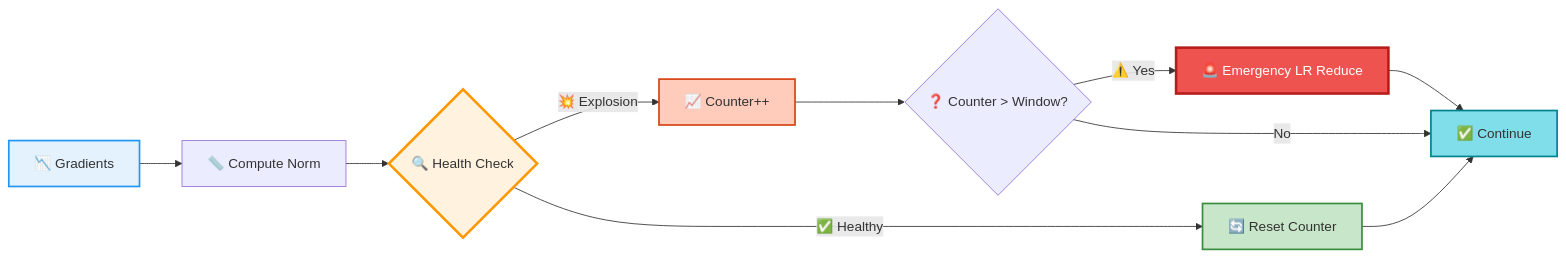
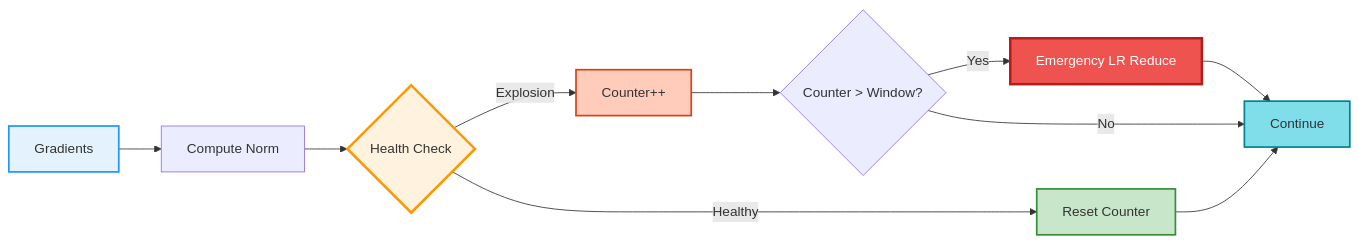
Before and after one commit to Pizzaman213/Ava_AI: the eighth of 23 diagrams in code/docs/FLOWCHARTS_VISUAL.md, drawn with Mermaid. The commit also changed other lines of this file and 215 other files, not shown here.

````diff
--- a/code/docs/FLOWCHARTS_VISUAL.md
+++ b/code/docs/FLOWCHARTS_VISUAL.md
@@ -243,19 +243,19 @@
 ```mermaid
 graph LR
-    A[📉 Gradients] --> B[📏 Compute Norm]
-    B --> C{🔍 Health Check}
-    C -->|💥 Explosion| D[📈 Counter++]
-    C -->|✅ Healthy| E[🔄 Reset Counter]
-    D --> F{❓ Counter > Window?}
-    F -->|⚠️ Yes| G[🚨 Emergency LR Reduce]
-    F -->|No| H[✅ Continue]
+    A[ Gradients] --> B[ Compute Norm]
+    B --> C{ Health Check}
+    C -->| Explosion| D[ Counter++]
+    C -->| Healthy| E[ Reset Counter]
+    D --> F{ Counter > Window?}
+    F -->| Yes| G[ Emergency LR Reduce]
+    F -->|No| H[ Continue]
     E --> H
     G --> H
 
     style A fill:#E3F2FD,stroke:#2196F3,stroke-width:2px
     style C fill:#FFF3E0,stroke:#FF9800,stroke-width:3px
     style D fill:#FFCCBC,stroke:#D84315,stroke-width:2px
     style E fill:#C8E6C9,stroke:#388E3C,stroke-width:2px
     style G fill:#EF5350,stroke:#B71C1C,stroke-width:3px,color:#fff
     style H fill:#80DEEA,stroke:#00838F,stroke-width:2px
 ```
````
